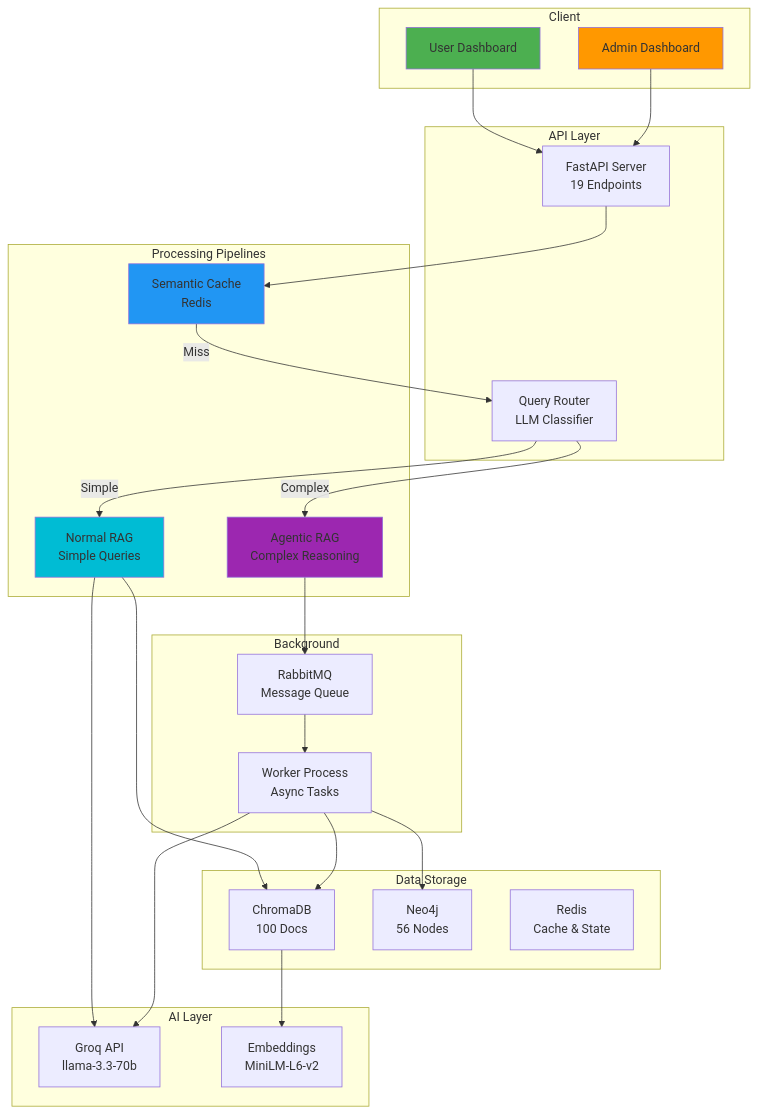
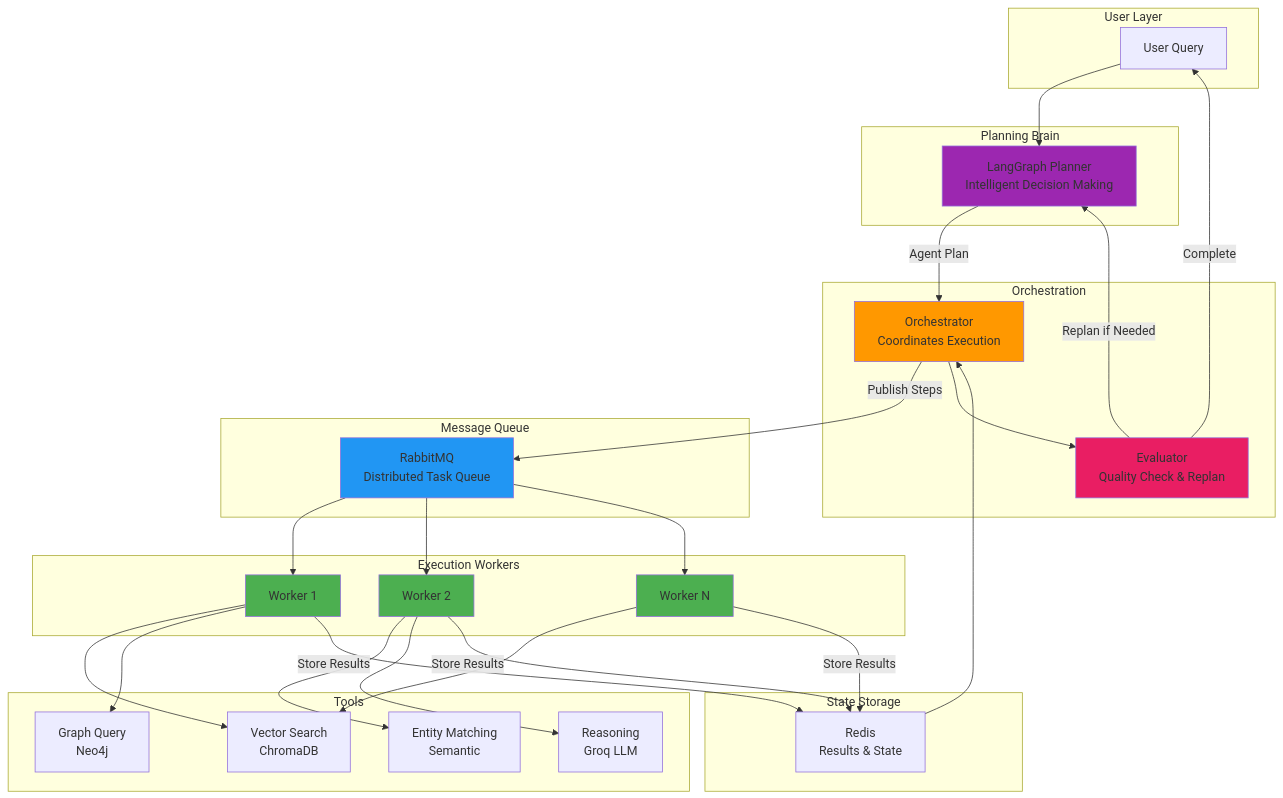
One commit to Samrudhp/Niyanta changed the first of 2 diagrams in README.md. Above: the diagram before and after it, drawn with Mermaid. The commit also changed other lines of this file, not shown here.

Commit message:
updated diagram

````diff
--- a/README.md
+++ b/README.md
@@ -23,58 +25,67 @@
 ```mermaid
 graph TB
-    subgraph "Client"
-        UI[User Dashboard]
-        ADMIN[Admin Dashboard]
+    subgraph "User Layer"
+        USER[User Query]
     end
     
-    subgraph "API Layer"
-        API[FastAPI Server<br/>19 Endpoints]
-        ROUTER[Query Router<br/>LLM Classifier]
+    subgraph "Planning Brain"
+        LG[LangGraph Planner<br/>Intelligent Decision Making]
     end
     
-    subgraph "Processing Pipelines"
-        NORMAL[Normal RAG<br/>Simple Queries]
-        AGENTIC[Agentic RAG<br/>Complex Reasoning]
-        CACHE[Semantic Cache<br/>Redis]
+    subgraph "Orchestration"
+        ORCH[Orchestrator<br/>Coordinates Execution]
+        EVAL[Evaluator<br/>Quality Check & Replan]
     end
     
-    subgraph "Data Storage"
-        CHROMA[ChromaDB<br/>100 Docs]
-        NEO4J[Neo4j<br/>56 Nodes]
-        REDIS[Redis<br/>Cache & State]
+    subgraph "Message Queue"
+        RMQ[RabbitMQ<br/>Distributed Task Queue]
     end
     
-    subgraph "Background"
-        QUEUE[RabbitMQ<br/>Message Queue]
-        WORKER[Worker Process<br/>Async Tasks]
+    subgraph "Execution Workers"
+        W1[Worker 1]
+        W2[Worker 2]
+        W3[Worker N]
     end
     
-    subgraph "AI Layer"
-        LLM[Groq API<br/>llama-3.3-70b]
-        EMBED[Embeddings<br/>MiniLM-L6-v2]
+    subgraph "Tools"
+        VS[Vector Search<br/>ChromaDB]
+        GQ[Graph Query<br/>Neo4j]
+        EM[Entity Matching<br/>Semantic]
+        LLM[Reasoning<br/>Groq LLM]
     end
     
-    UI --> API
-    ADMIN --> API
-    API --> CACHE
-    CACHE -->|Miss| ROUTER
-    ROUTER -->|Simple| NORMAL
-    ROUTER -->|Complex| AGENTIC
+    subgraph "State Storage"
+        REDIS[Redis<br/>Results & State]
+    end
     
-    NORMAL --> CHROMA
-    NORMAL --> LLM
+    USER --> LG
+    LG -->|Agent Plan| ORCH
+    ORCH -->|Publish Steps| RMQ
     
-    AGENTIC --> QUEUE
-    QUEUE --> WORKER
-    WORKER --> CHROMA
-    WORKER --> NEO4J
-    WORKER --> LLM
+    RMQ --> W1
+    RMQ --> W2
+    RMQ --> W3
     
-    CHROMA --> EMBED
+    W1 --> VS
+    W1 --> GQ
+    W2 --> EM
+    W2 --> LLM
+    W3 --> VS
     
-    style UI fill:#4CAF50
-    style ADMIN fill:#FF9800
-    style CACHE fill:#2196F3
-    style NORMAL fill:#00BCD4
-    style AGENTIC fill:#9C27B0
+    W1 -->|Store Results| REDIS
+    W2 -->|Store Results| REDIS
+    W3 -->|Store Results| REDIS
+    
+    REDIS --> ORCH
+    ORCH --> EVAL
+    EVAL -->|Replan if Needed| LG
+    EVAL -->|Complete| USER
+    
+    style LG fill:#9C27B0
+    style ORCH fill:#FF9800
+    style RMQ fill:#2196F3
+    style W1 fill:#4CAF50
+    style W2 fill:#4CAF50
+    style W3 fill:#4CAF50
+    style EVAL fill:#E91E63
 ```
````
